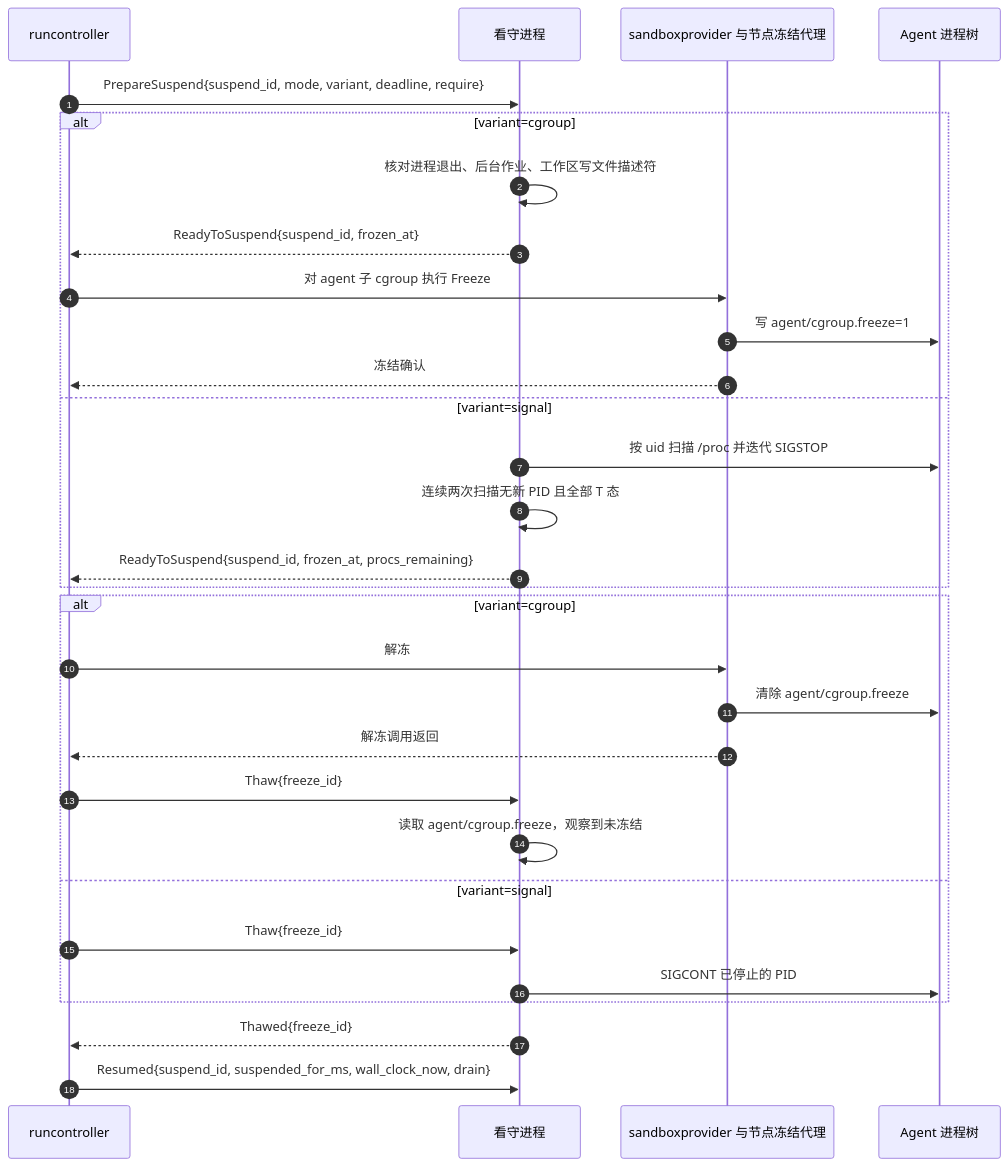
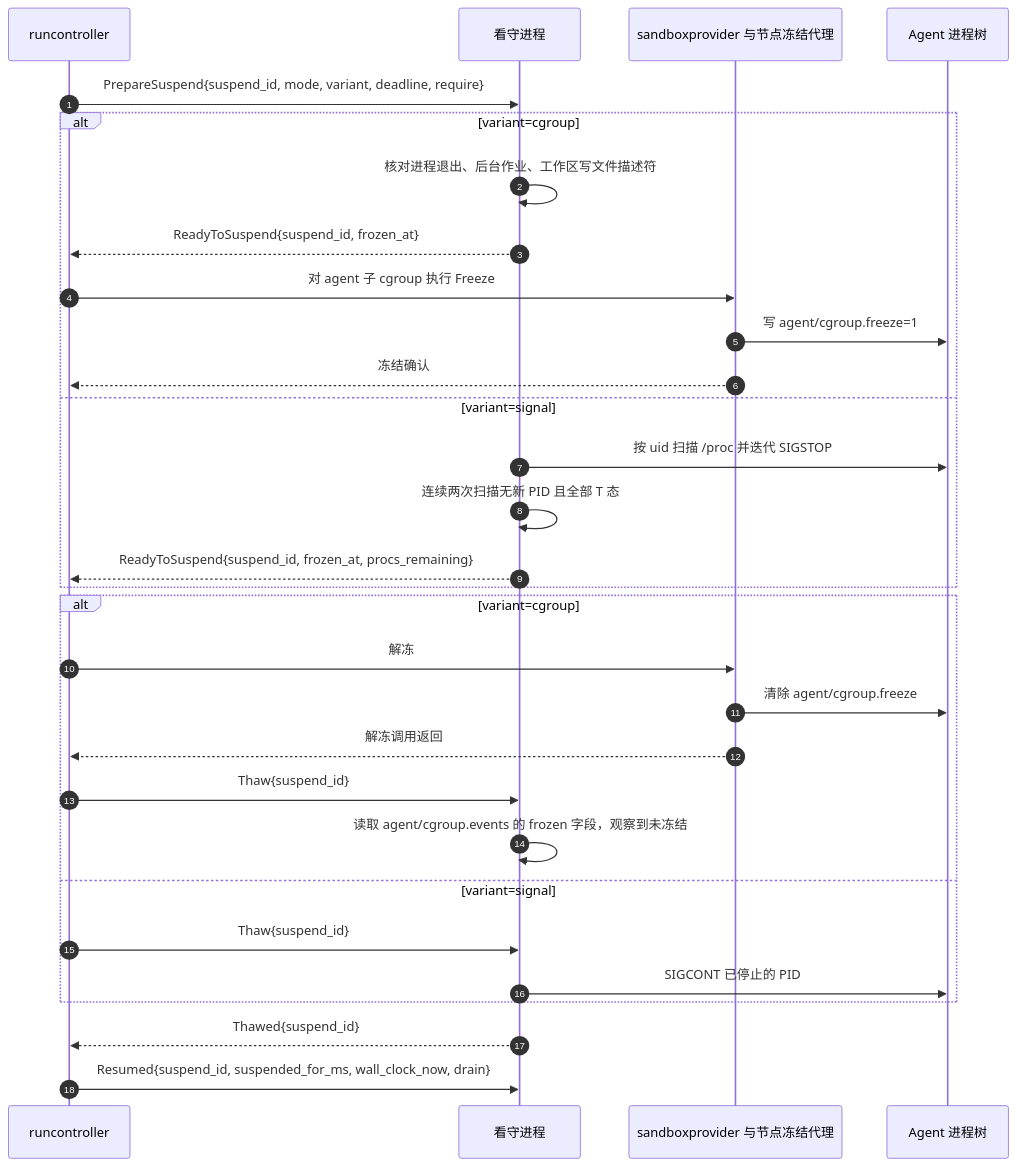
Before and after one commit to wangzw/castworks: the third of 3 diagrams in docs/design/modules/warden/design-warden.md, drawn with Mermaid. The commit also changed other lines of this file and 37 other files, not shown here.

````diff
--- a/docs/design/modules/warden/design-warden.md
+++ b/docs/design/modules/warden/design-warden.md
@@ -240,32 +260,32 @@
 ```mermaid
 sequenceDiagram
     autonumber
     participant R as runcontroller
     participant W as 看守进程
     participant P as sandboxprovider 与节点冻结代理
     participant A as Agent 进程树
     R->>W: PrepareSuspend{suspend_id, mode, variant, deadline, require}
     alt variant=cgroup
         W->>W: 核对进程退出、后台作业、工作区写文件描述符
         W-->>R: ReadyToSuspend{suspend_id, frozen_at}
         R->>P: 对 agent 子 cgroup 执行 Freeze
         P->>A: 写 agent/cgroup.freeze=1
         P-->>R: 冻结确认
     else variant=signal
         W->>A: 按 uid 扫描 /proc 并迭代 SIGSTOP
         W->>W: 连续两次扫描无新 PID 且全部 T 态
         W-->>R: ReadyToSuspend{suspend_id, frozen_at, procs_remaining}
     end
     alt variant=cgroup
         R->>P: 解冻
         P->>A: 清除 agent/cgroup.freeze
         P-->>R: 解冻调用返回
-        R->>W: Thaw{freeze_id}
-        W->>W: 读取 agent/cgroup.freeze，观察到未冻结
+        R->>W: Thaw{suspend_id}
+        W->>W: 读取 agent/cgroup.events 的 frozen 字段，观察到未冻结
     else variant=signal
-        R->>W: Thaw{freeze_id}
+        R->>W: Thaw{suspend_id}
         W->>A: SIGCONT 已停止的 PID
     end
-    W-->>R: Thawed{freeze_id}
+    W-->>R: Thawed{suspend_id}
     R->>W: Resumed{suspend_id, suspended_for_ms, wall_clock_now, drain}
 ```
````
